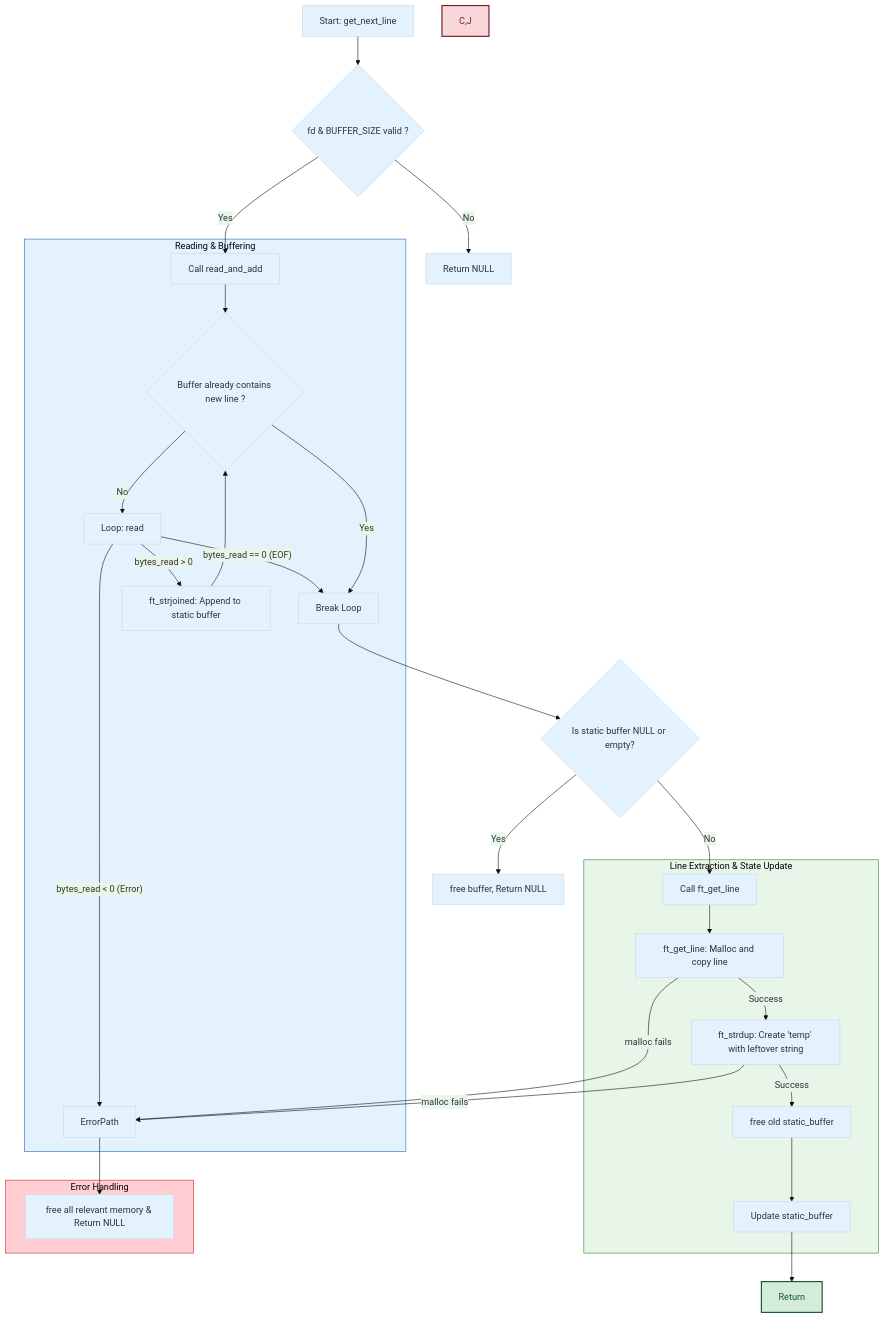
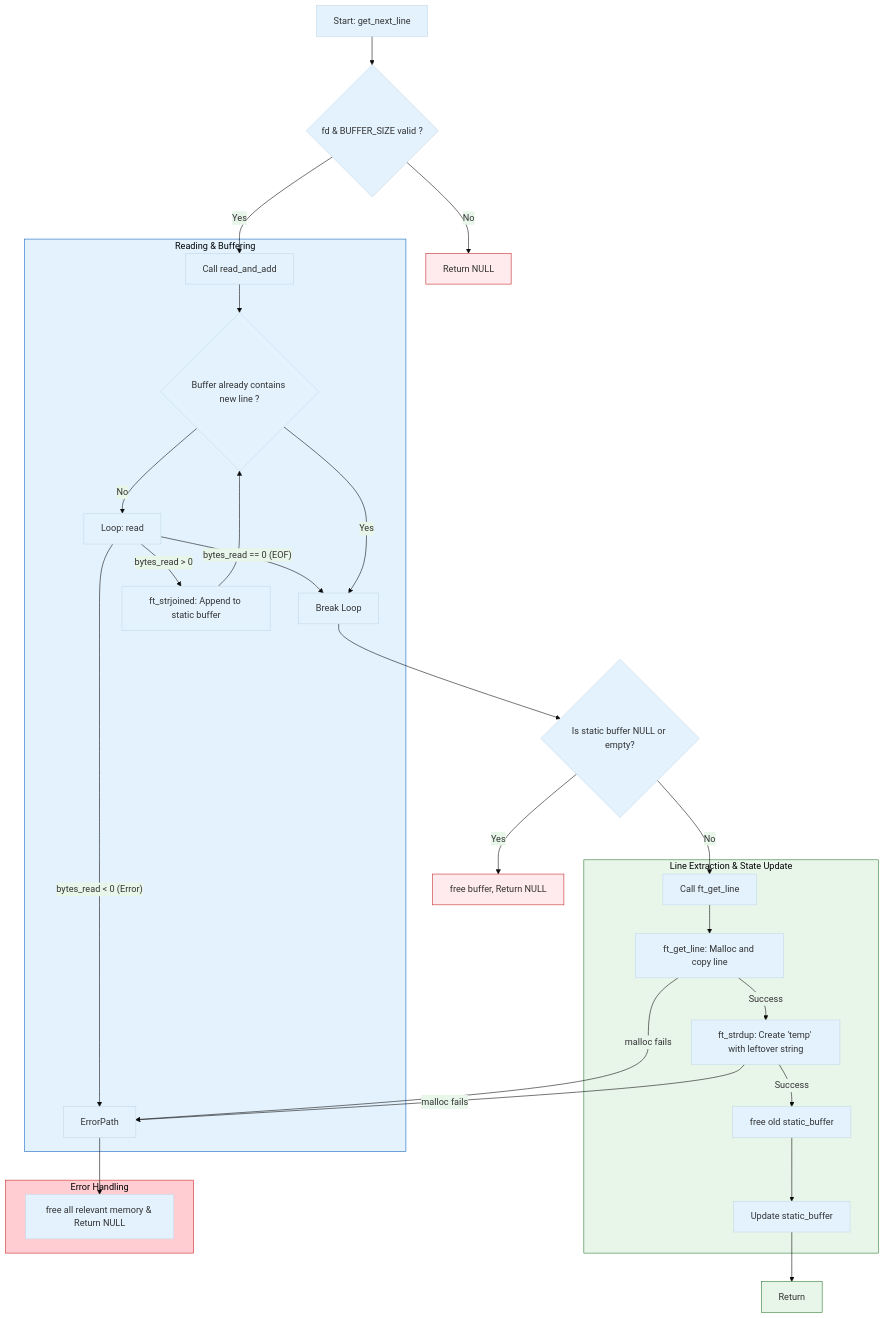
Before and after one commit to MEHDIJAD/42cursus-get_next_line: the diagram in README.md, drawn with Mermaid. The commit also changed other lines of this file and 1 other file, not shown here.

````diff
--- a/README.md
+++ b/README.md
@@ -39,42 +40,43 @@
 ```mermaid
 %%{init: {'theme': 'base', 'themeVariables': { 'primaryColor': '#e3f2fd', 'secondaryColor': '#e8f5e9'}}}%%
 flowchart TD
     A[Start: get_next_line] --> B{fd & BUFFER_SIZE valid ?};
     B -- No --> C[Return NULL];
     B -- Yes --> D[Call read_and_add];
 
     subgraph Read[Reading & Buffering]
         D --> E{Buffer already contains new line ?};
         E -- No --> F[Loop: read];
         F -- "bytes_read < 0 (Error)" --> ErrorPath;
         F -- "bytes_read == 0 (EOF)" --> G[Break Loop];
         F -- "bytes_read > 0" --> H[ft_strjoined: Append to static buffer];
         H --> E;
         E -- Yes --> G;
     end
     style Read fill:#e3f2fd,stroke:#1565c0
 
     G --> I{Is static buffer NULL or empty?};
     I -- Yes --> J[free buffer, Return NULL];
     I -- No --> K[Call ft_get_line];
 
     subgraph Extract[Line Extraction & State Update]
         K --> L[ft_get_line: Malloc and copy line];
         L -- "malloc fails" --> ErrorPath;
         L -- Success --> M[ft_strdup: Create 'temp' with leftover string];
         M -- "malloc fails" --> ErrorPath;
         M -- Success --> N[free old static_buffer];
         N --> O[Update static_buffer];
     end
     style Extract fill:#e8f5e9,stroke:#2e7d32
 
     O --> P[Return];
 
     subgraph Errors[Error Handling]
         ErrorPath --> Z[free all relevant memory & Return NULL];
     end
     style Errors fill:#ffcdd2,stroke:#c62828
 
-    style C,J fill:#f8d7da,stroke:#721c24,stroke-width:2px,color:#721c24
-    style P fill:#d4edda,stroke:#155724,stroke-width:2px,color:#155724
+    style C fill:#ffebee,stroke:#c62828
+    style J fill:#ffebee,stroke:#c62828
+    style P fill:#e8f5e9,stroke:#2e7d32
 ```
````
